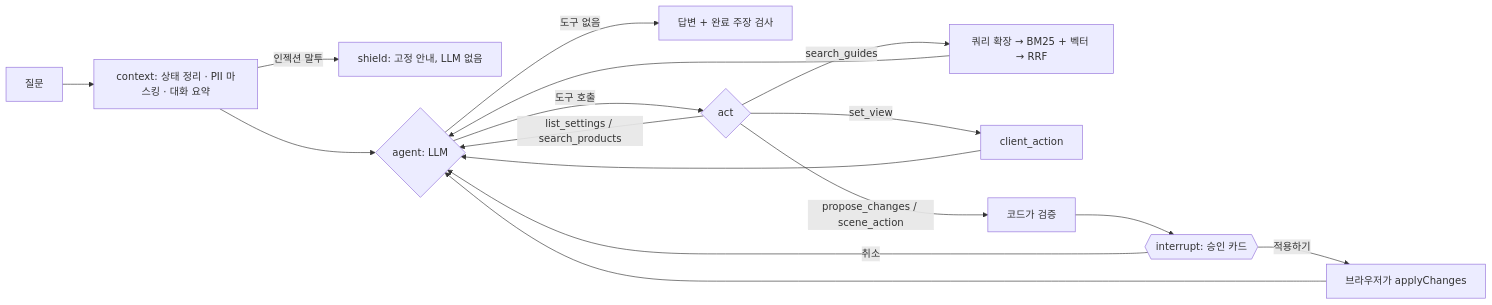
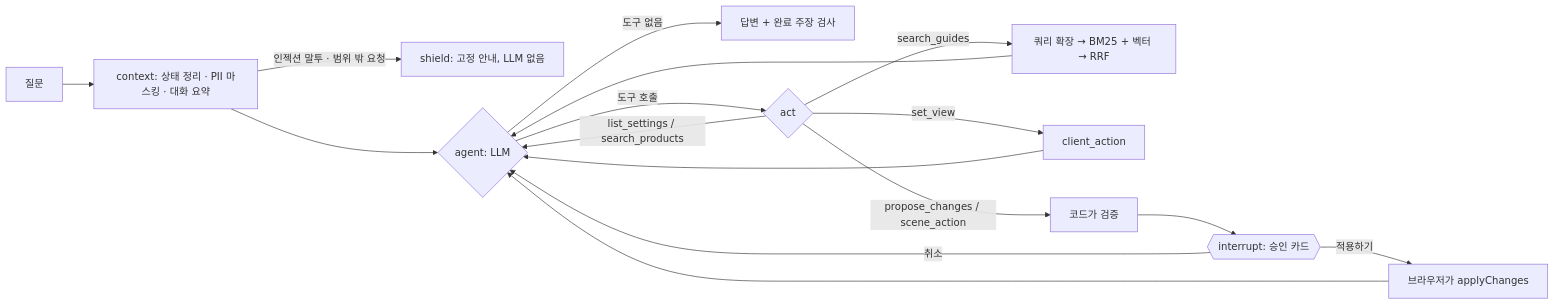
One commit to vvega-a/desk-simulator changed the second of 2 diagrams in README.md. Above: the diagram before and after it, drawn with Mermaid. The commit also changed other lines of this file and 4 other files, not shown here.

````diff
--- a/README.md
+++ b/README.md
@@ -43,14 +43,14 @@
 ```mermaid
 flowchart LR
   Q[질문] --> C[context: 상태 정리 · PII 마스킹 · 대화 요약]
-  C -- 인젝션 말투 --> SH[shield: 고정 안내, LLM 없음]
+  C -- 인젝션 말투 · 범위 밖 요청 --> SH[shield: 고정 안내, LLM 없음]
   C --> A{agent: LLM}
   A -- 도구 없음 --> E[답변 + 완료 주장 검사]
   A -- 도구 호출 --> T{act}
   T -- list_settings / search_products --> A
   T -- search_guides --> RG[쿼리 확장 → BM25 + 벡터 → RRF] --> A
   T -- set_view --> R[client_action] --> A
   T -- propose_changes / scene_action --> VAL[코드가 검증] --> H{{interrupt: 승인 카드}}
   H -- 적용하기 --> AP[브라우저가 applyChanges] --> A
   H -- 취소 --> A
 ```
````
